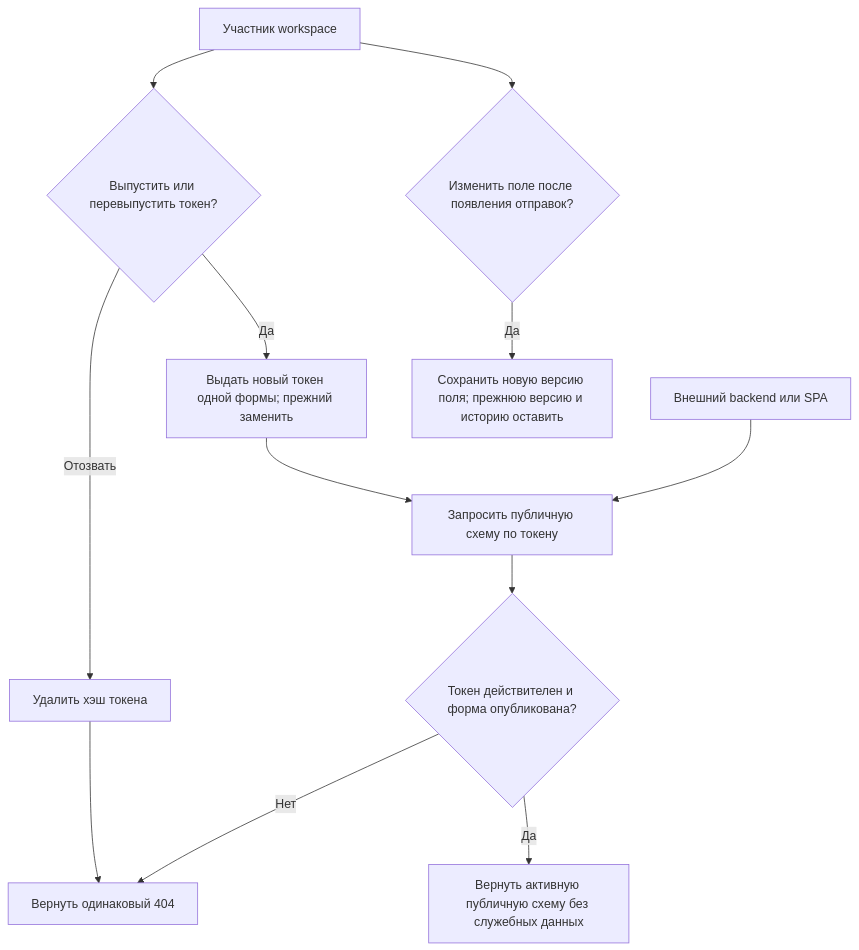
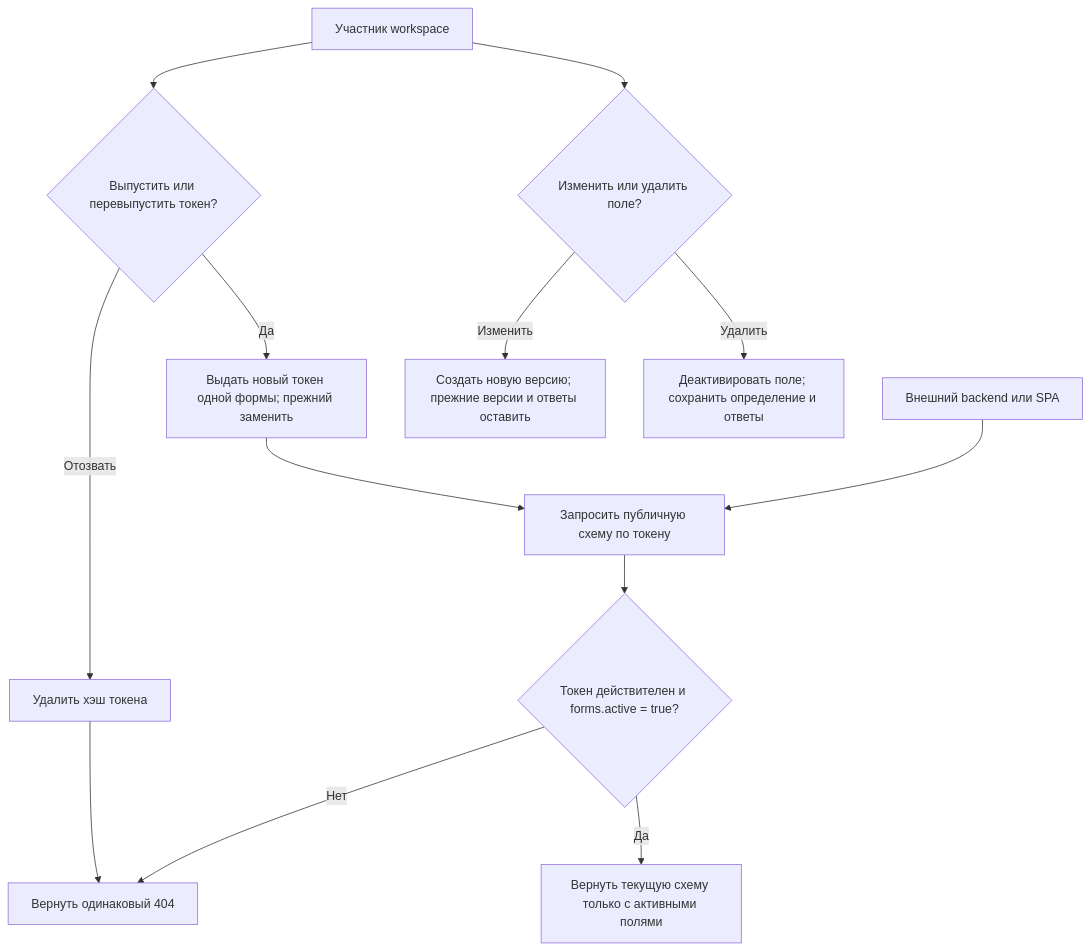
The second of 2 diagrams in docs/business-logic/form-definition.md (sholokhov-daniil/formflow-api), drawn with Mermaid before and after one commit. The commit also changed other lines of this file and 26 other files, not shown here.

````diff
--- a/docs/business-logic/form-definition.md
+++ b/docs/business-logic/form-definition.md
@@ -28,14 +28,15 @@
 ```mermaid
 flowchart TD
     Member["Участник workspace"] --> Publish{"Выпустить или перевыпустить токен?"}
     Publish -->|Да| Token["Выдать новый токен одной формы; прежний заменить"]
     Publish -->|Отозвать| Revoke["Удалить хэш токена"]
     Client["Внешний backend или SPA"] --> ReadSchema["Запросить публичную схему по токену"]
-    ReadSchema --> Valid{"Токен действителен и форма опубликована?"}
+    ReadSchema --> Valid{"Токен действителен и forms.active = true?"}
     Valid -->|Нет| Denied["Вернуть одинаковый 404"]
-    Valid -->|Да| Schema["Вернуть активную публичную схему без служебных данных"]
+    Valid -->|Да| Schema["Вернуть текущую схему только с активными полями"]
     Token --> ReadSchema
     Revoke --> Denied
-    Member --> Edit{"Изменить поле после появления отправок?"}
-    Edit -->|Да| Revision["Сохранить новую версию поля; прежнюю версию и историю оставить"]
+    Member --> Edit{"Изменить или удалить поле?"}
+    Edit -->|Изменить| Revision["Создать новую версию; прежние версии и ответы оставить"]
+    Edit -->|Удалить| Archive["Деактивировать поле; сохранить определение и ответы"]
 ```
````
